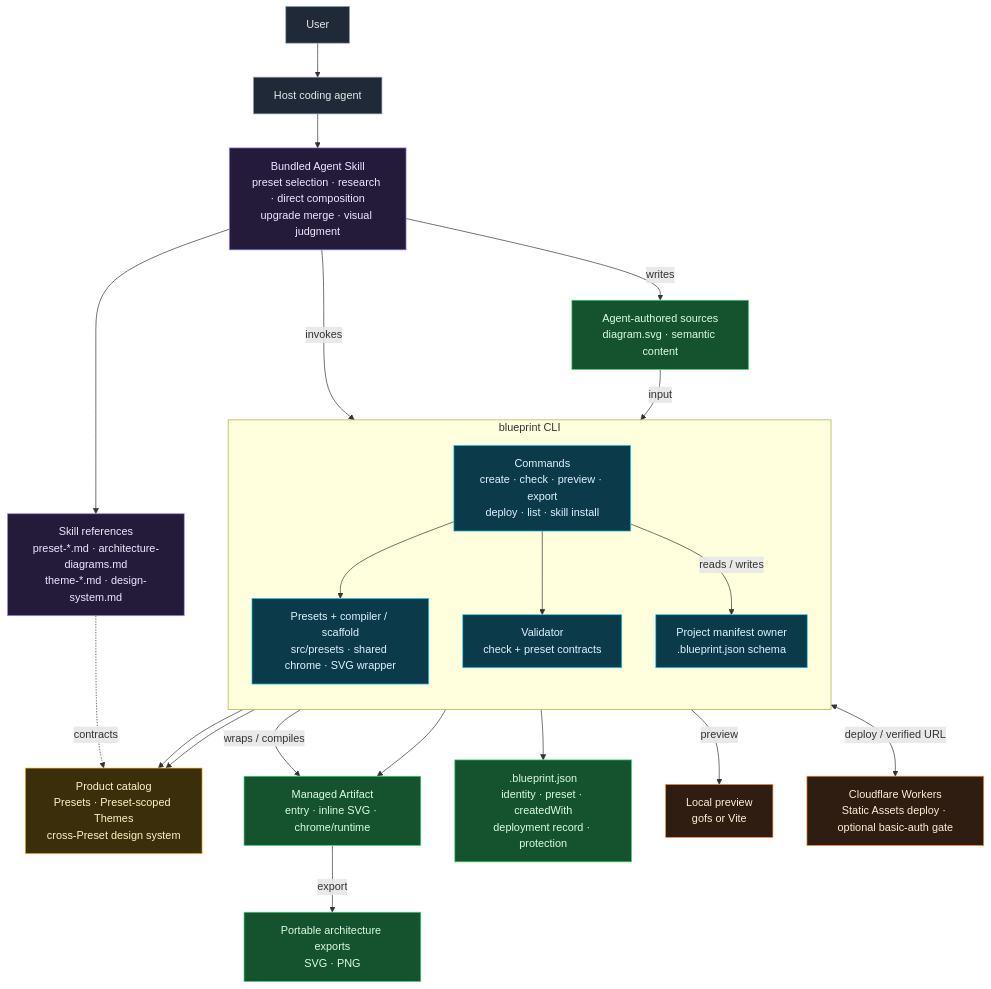
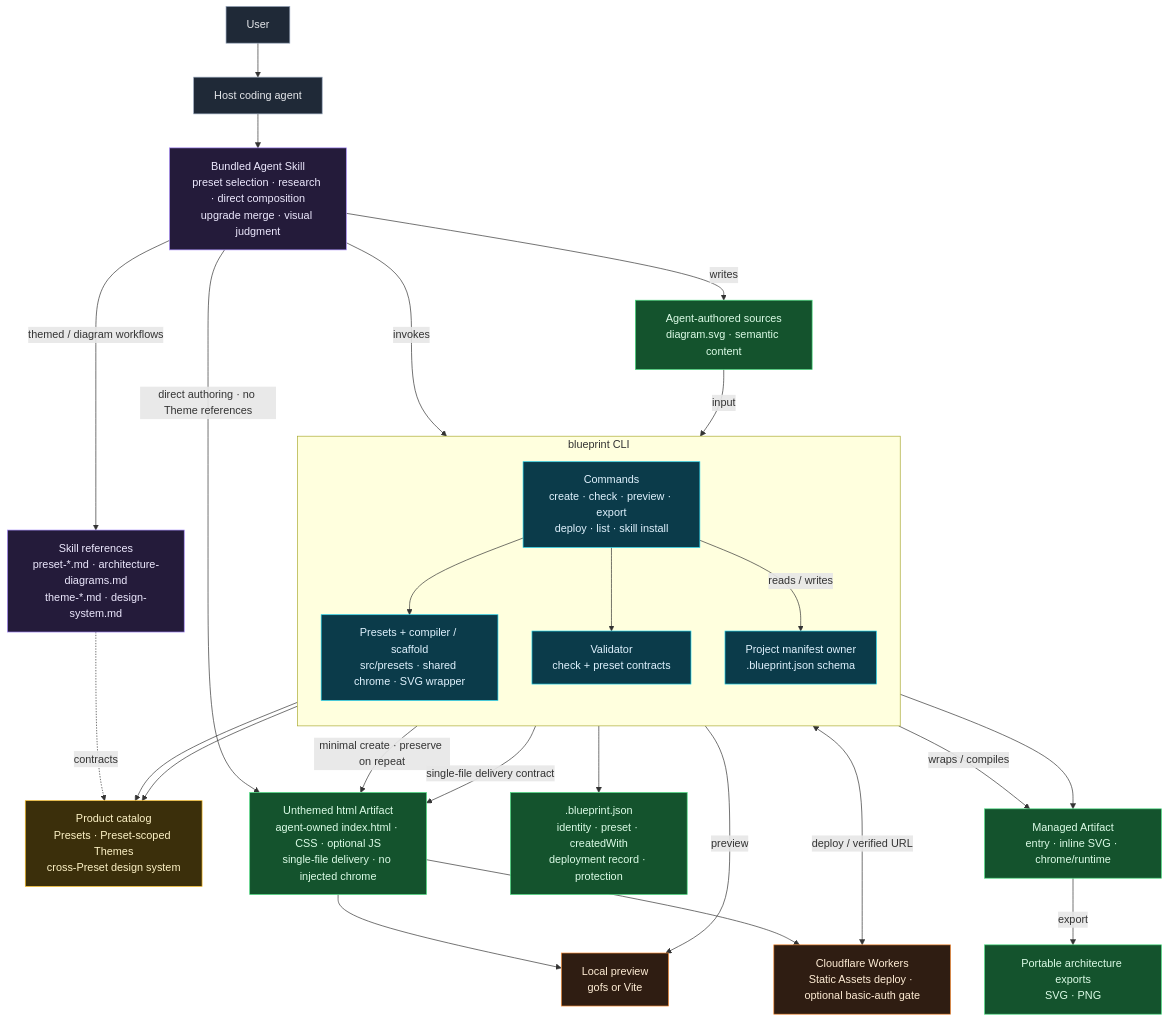
Before and after one commit to samzong/blueprint: the diagram in docs/architecture/live/blueprint.mmd, drawn with Mermaid. The commit also changed 9 other files, not shown here.

Commit message:
feat(html): manage unthemed standalone HTML artifacts

```diff
--- a/docs/architecture/live/blueprint.mmd
+++ b/docs/architecture/live/blueprint.mmd
@@ -1,54 +1,60 @@
 %% blueprint — CLI + Agent Skill architecture
 %% Single source of truth for this repository's system boundary.
 %% UPDATE THIS FILE in the same change whenever the architecture changes.
 %% See README.md in this directory.
 flowchart TB
     classDef actor fill:#1f2937,stroke:#94a3b8,stroke-width:1px,color:#e5e7eb
     classDef skill fill:#241b3a,stroke:#a78bfa,stroke-width:1px,color:#ede9fe
     classDef cli fill:#0b3b4a,stroke:#22d3ee,stroke-width:1px,color:#e0f2fe
     classDef catalog fill:#3b2f0b,stroke:#fbbf24,stroke-width:1px,color:#fef3c7
     classDef artifact fill:#14532d,stroke:#4ade80,stroke-width:1px,color:#dcfce7
     classDef external fill:#2f1d12,stroke:#fb923c,stroke-width:1px,color:#ffedd5
 
     User["User"]:::actor
     Agent["Host coding agent"]:::actor
 
     Skill["Bundled Agent Skill<br/>preset selection · research · direct composition<br/>upgrade merge · visual judgment"]:::skill
     Refs["Skill references<br/>preset-*.md · architecture-diagrams.md<br/>theme-*.md · design-system.md"]:::skill
 
     subgraph CLI["blueprint CLI"]
         direction TB
         Commands["Commands<br/>create · check · preview · export<br/>deploy · list · skill install"]:::cli
         Compiler["Presets + compiler / scaffold<br/>src/presets · shared chrome · SVG wrapper"]:::cli
         Validator["Validator<br/>check + preset contracts"]:::cli
         Manifest["Project manifest owner<br/>.blueprint.json schema"]:::cli
         Commands --> Compiler
         Commands --> Validator
         Commands -->|"reads / writes"| Manifest
     end
 
     Catalog["Product catalog<br/>Presets · Preset-scoped Themes<br/>cross-Preset design system"]:::catalog
 
     Sources["Agent-authored sources<br/>diagram.svg · semantic content"]:::artifact
     Artifact["Managed Artifact<br/>entry · inline SVG · chrome/runtime"]:::artifact
     ProjectMeta[".blueprint.json<br/>identity · preset · createdWith<br/>deployment record · protection"]:::artifact
+    Html["Unthemed html Artifact<br/>agent-owned index.html · CSS · optional JS<br/>single-file delivery · no injected chrome"]:::artifact
     Portable["Portable architecture exports<br/>SVG · PNG"]:::artifact
 
     Preview["Local preview<br/>gofs or Vite"]:::external
     Wrangler["Cloudflare Workers<br/>Static Assets deploy · optional basic-auth gate"]:::external
 
     User --> Agent
     Agent --> Skill
-    Skill --> Refs
+    Skill -->|"themed / diagram workflows"| Refs
     Skill -->|"invokes"| Commands
     Skill -->|"writes"| Sources
+    Skill -->|"direct authoring · no Theme references"| Html
+    Commands -->|"minimal create · preserve on repeat"| Html
+    Validator -->|"single-file delivery contract"| Html
+    Html --> Preview
+    Html --> Wrangler
     Refs -.->|"contracts"| Catalog
     Compiler --> Catalog
     Validator --> Catalog
     Sources -->|"input"| Compiler
     Compiler -->|"wraps / compiles"| Artifact
     Artifact -->|"export"| Portable
     Validator --> Artifact
     Manifest --> ProjectMeta
     Commands -->|"preview"| Preview
     Commands <-->|"deploy / verified URL"| Wrangler
```
